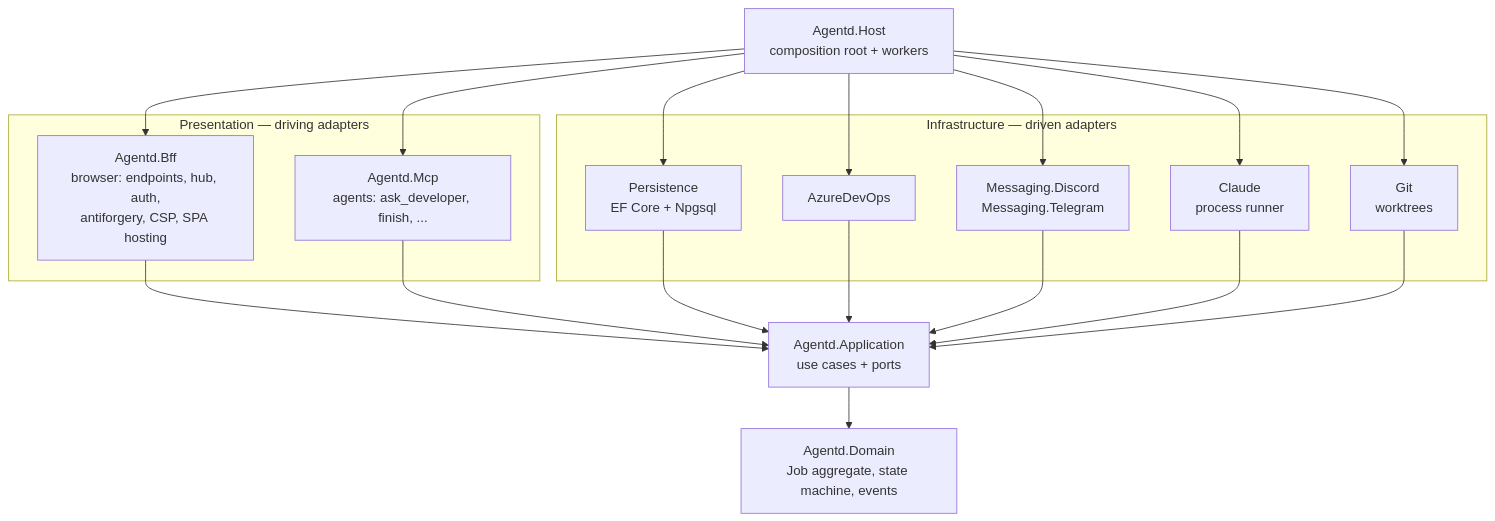
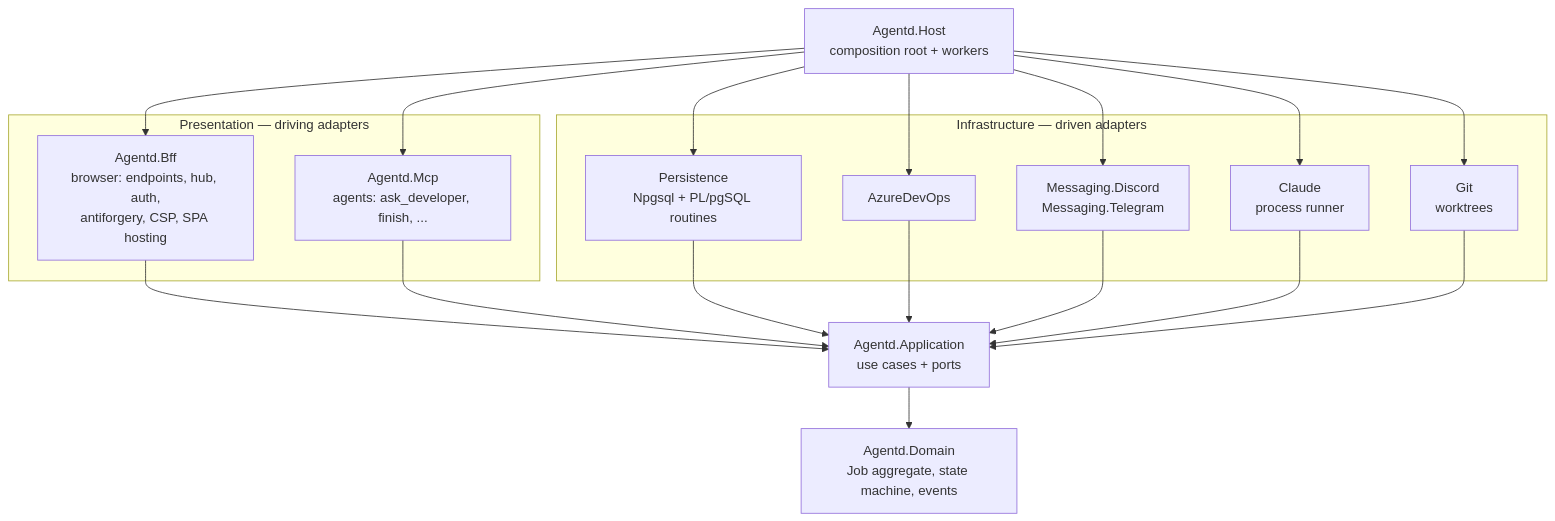
One commit to thoaingo07/agentd changed the diagram in docs/architect/clean-architecture-bff.md. Above: the diagram before and after it, drawn with Mermaid. The commit also changed other lines of this file and 100 other files, not shown here.

````diff
--- a/docs/architect/clean-architecture-bff.md
+++ b/docs/architect/clean-architecture-bff.md
@@ -14,23 +14,23 @@
 ```mermaid
 flowchart TB
     subgraph P[Presentation — driving adapters]
         BFF[Agentd.Bff<br/>browser: endpoints, hub, auth,<br/>antiforgery, CSP, SPA hosting]
         MCP[Agentd.Mcp<br/>agents: ask_developer, finish, ...]
     end
     subgraph I[Infrastructure — driven adapters]
-        PER[Persistence<br/>EF Core + Npgsql]
+        PER[Persistence<br/>Npgsql + PL/pgSQL routines]
         ADO[AzureDevOps]
         DIS[Messaging.Discord<br/>Messaging.Telegram]
         CLA[Claude<br/>process runner]
         GIT[Git<br/>worktrees]
     end
     APP[Agentd.Application<br/>use cases + ports]
     DOM[Agentd.Domain<br/>Job aggregate, state machine, events]
     HOST[Agentd.Host<br/>composition root + workers]
 
     BFF --> APP
     MCP --> APP
     PER & ADO & DIS & CLA & GIT --> APP
     APP --> DOM
     HOST --> BFF & MCP & PER & ADO & DIS & CLA & GIT
 ```
````
